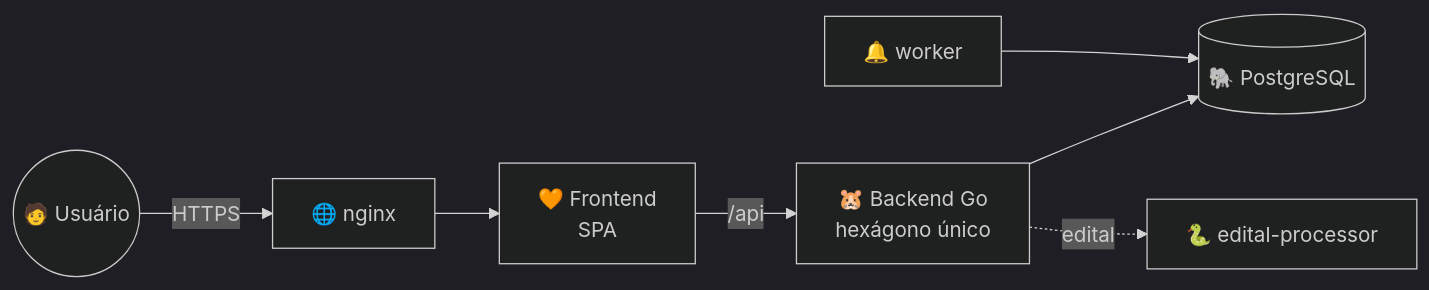
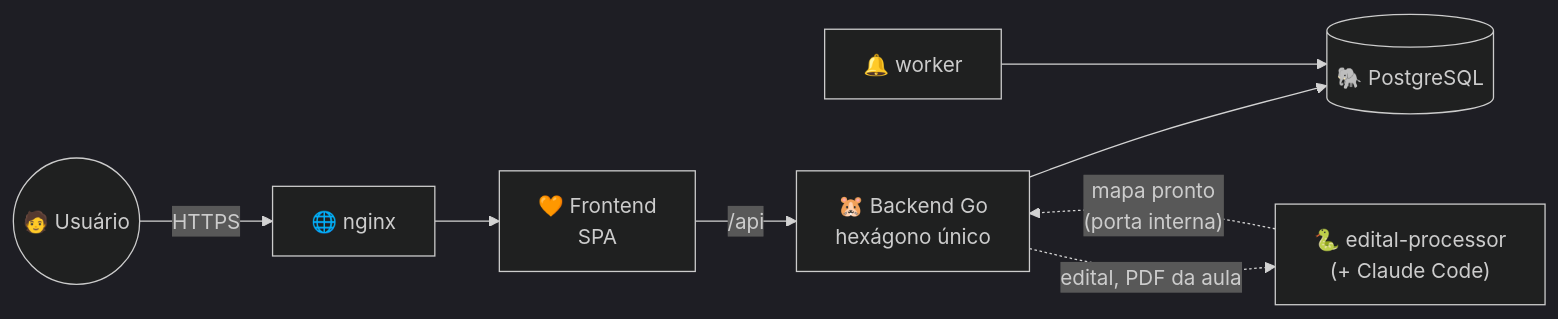
The first of 2 diagrams in docs/arquitetura.md (caetasousa/studygo), drawn with Mermaid (dark theme) before and after one commit. The commit also changed other lines of this file and 90 other files, not shown here.

First line of the commit message:
feat(mapas): o PDF da aula vira mapa no servidor, e a exportação volta inteira

````diff
--- a/docs/arquitetura.md
+++ b/docs/arquitetura.md
@@ -22,9 +22,10 @@
 ```mermaid
 flowchart LR
     U(("🧑 Usuário")) -- HTTPS --> N["🌐 nginx"]
     N --> F["🧡 Frontend<br/>SPA"]
     F -- "/api" --> B["🐹 Backend Go<br/>hexágono único"]
     B --> P[("🐘 PostgreSQL")]
-    B -. edital .-> E["🐍 edital-processor"]
+    B -. "edital, PDF da aula" .-> E["🐍 edital-processor<br/>(+ Claude Code)"]
+    E -. "mapa pronto<br/>(porta interna)" .-> B
     W["🔔 worker"] --> P
 ```
````
